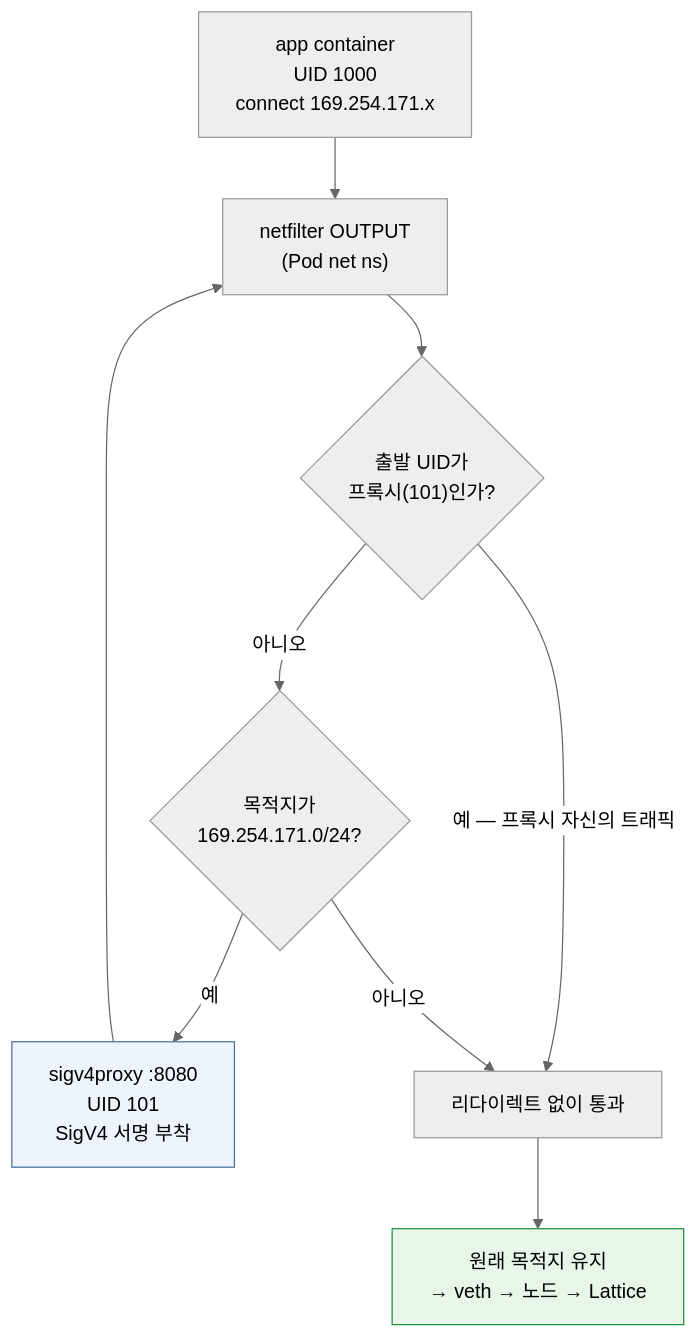
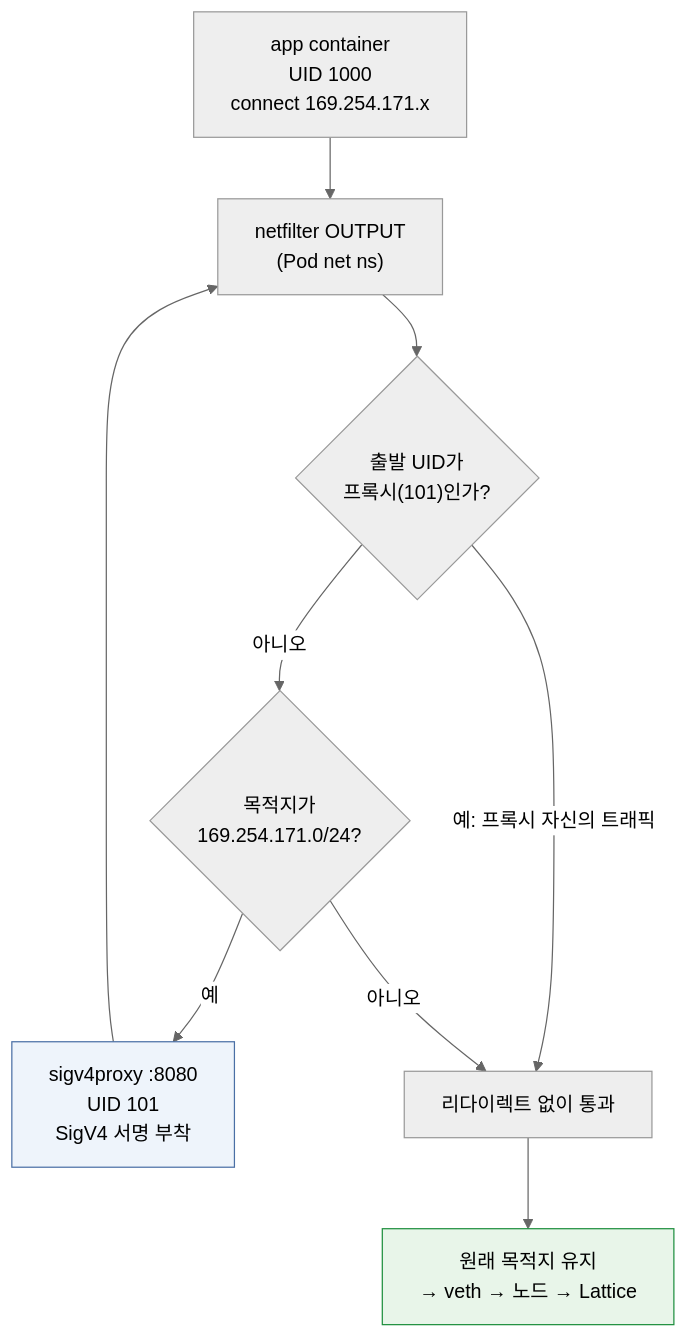
The third of 3 diagrams in ko/service-mesh/vpc-lattice/07-kernel-datapath.md (Atom-oh/kubernetes-docs), drawn with Mermaid (neutral theme) before and after one commit. The commit also changed other lines of this file and 313 other files, not shown here.

````diff
--- a/ko/service-mesh/vpc-lattice/07-kernel-datapath.md
+++ b/ko/service-mesh/vpc-lattice/07-kernel-datapath.md
@@ -152,20 +152,20 @@
 ```mermaid
 graph TB
     APP3["app container<br/>UID 1000<br/>connect 169.254.171.x"]
     OUT2["netfilter OUTPUT<br/>(Pod net ns)"]
     R1{"출발 UID가<br/>프록시(101)인가?"}
     R2{"목적지가<br/>169.254.171.0/24?"}
     PRX["sigv4proxy :8080<br/>UID 101<br/>SigV4 서명 부착"]
     OUTNODE["원래 목적지 유지<br/>→ veth → 노드 → Lattice"]
     BYPASS["리다이렉트 없이 통과"]
 
     APP3 --> OUT2 --> R1
-    R1 -->|"예 — 프록시 자신의 트래픽"| BYPASS --> OUTNODE
+    R1 -->|"예: 프록시 자신의 트래픽"| BYPASS --> OUTNODE
     R1 -->|"아니오"| R2
     R2 -->|"예"| PRX
     R2 -->|"아니오"| BYPASS
     PRX --> OUT2
 
     style PRX fill:#eef4fb,stroke:#4a6fa5
     style OUTNODE fill:#e8f5e9,stroke:#1e8e3e
 ```
````
